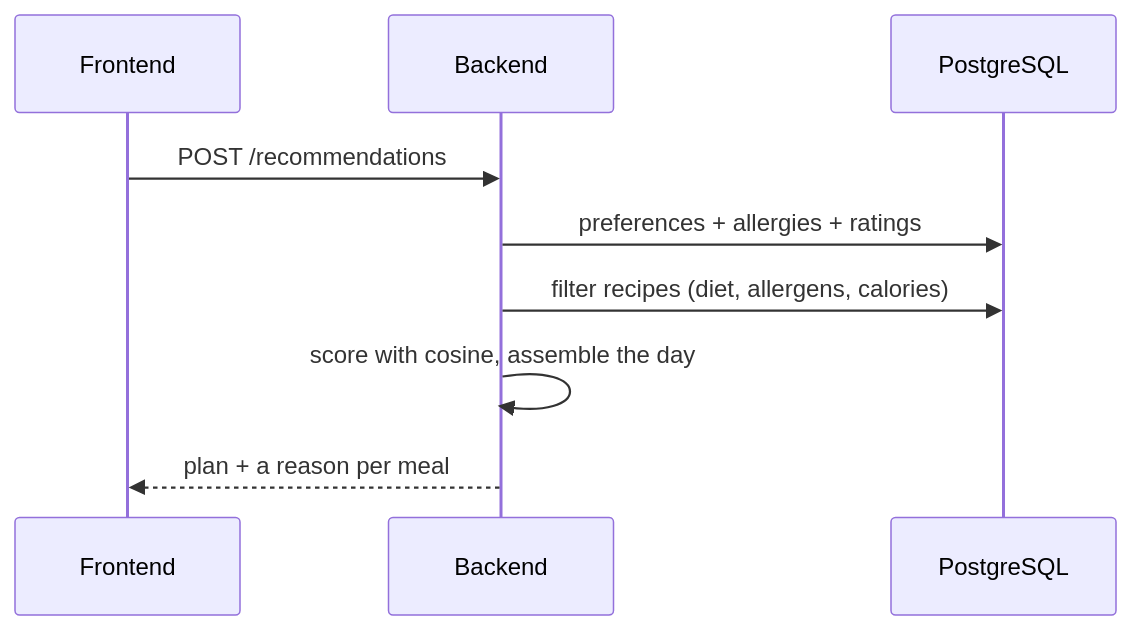
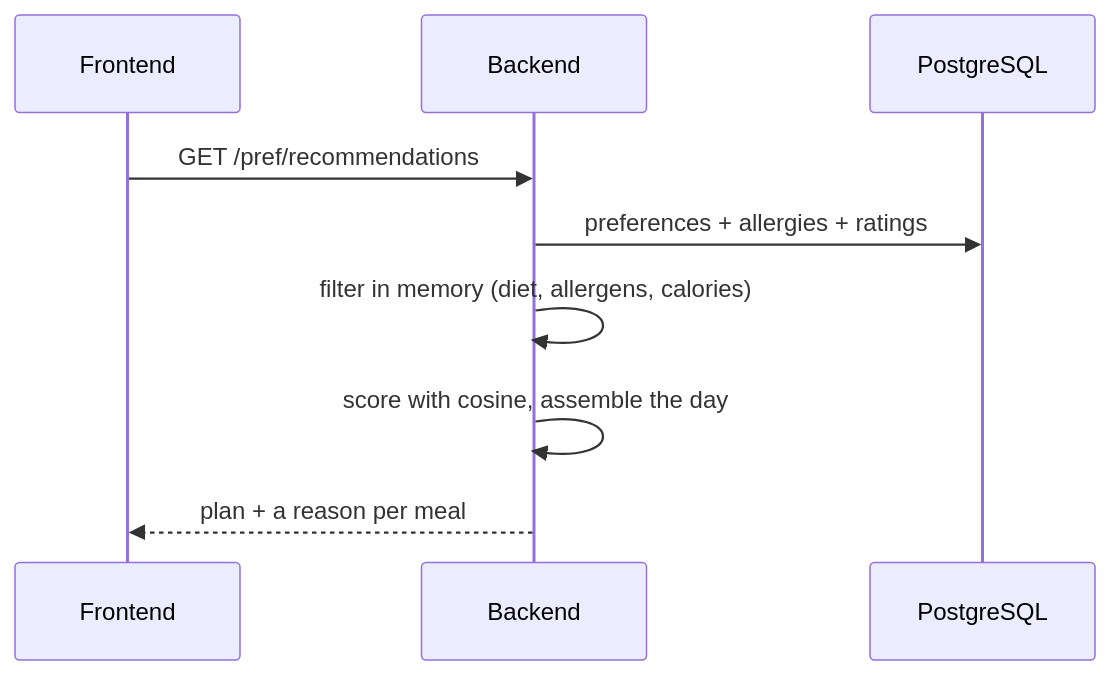
The second of 2 diagrams in docs/api_design.md (Tejas1305/13_Tejas.D-diet-recommender), drawn with Mermaid before and after one commit. The commit also changed other lines of this file and 10 other files, not shown here.

````diff
--- a/docs/api_design.md
+++ b/docs/api_design.md
@@ -42,11 +34,11 @@
 ```mermaid
 sequenceDiagram
     participant F as Frontend
     participant B as Backend
     participant DB as PostgreSQL
-    F->>B: POST /recommendations
+    F->>B: GET /pref/recommendations
     B->>DB: preferences + allergies + ratings
-    B->>DB: filter recipes (diet, allergens, calories)
+    B->>B: filter in memory (diet, allergens, calories)
     B->>B: score with cosine, assemble the day
     B-->>F: plan + a reason per meal
 ```
````
